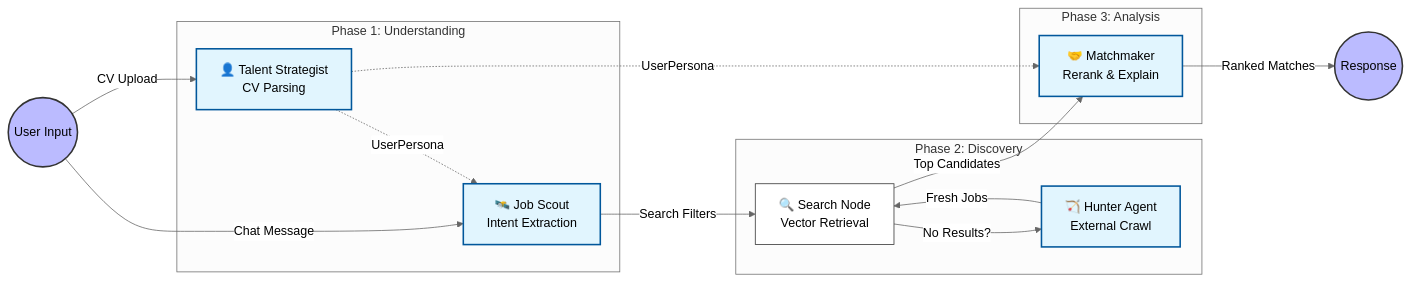
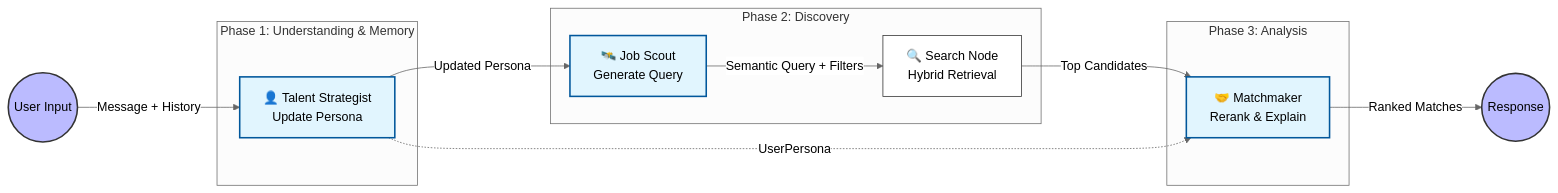
One commit to kkonst-bond-edu/funds-search changed the second of 2 diagrams in README.md. Above: the diagram before and after it, drawn with Mermaid (neutral theme). The commit also changed other lines of this file and 15 other files, not shown here.

First line of the commit message:
feat: implement 3-agent architecture and update docs

````diff
--- a/README.md
+++ b/README.md
@@ -160,41 +146,35 @@
 ```mermaid
 graph LR
     %% Styles
     classDef start fill:#bbf,stroke:#333,stroke-width:2px;
     classDef process fill:#fff,stroke:#333,stroke-width:1px;
     classDef agent fill:#e1f5fe,stroke:#01579b,stroke-width:2px;
     classDef endnode fill:#bbf,stroke:#333,stroke-width:2px;
 
     %% Nodes
     START((User Input)):::start
     
-    subgraph "Phase 1: Understanding"
-        TS[👤 Talent Strategist<br/>CV Parsing]:::agent
-        JS[🛰️ Job Scout<br/>Intent Extraction]:::agent
+    subgraph "Phase 1: Understanding & Memory"
+        TS[👤 Talent Strategist<br/>Update Persona]:::agent
     end
 
     subgraph "Phase 2: Discovery"
-        WH[🏹 Hunter Agent<br/>External Crawl]:::agent
-        SV[🔍 Search Node<br/>Vector Retrieval]:::process
+        JS[🛰️ Job Scout<br/>Generate Query]:::agent
+        SV[🔍 Search Node<br/>Hybrid Retrieval]:::process
     end
 
     subgraph "Phase 3: Analysis"
         MM[🤝 Matchmaker<br/>Rerank & Explain]:::agent
     end
 
     END((Response)):::endnode
 
     %% Flow
-    START -->|CV Upload| TS
-    START -->|Chat Message| JS
-    
-    TS -.->|UserPersona| JS
-    JS -->|Search Filters| SV
-    
-    SV --"No Results?"--> WH
-    WH -->|Fresh Jobs| SV
+    START -->|Message + History| TS
+    TS -->|Updated Persona| JS
+    JS -->|Semantic Query + Filters| SV
     
     SV -->|Top Candidates| MM
     TS -.->|UserPersona| MM
     MM -->|Ranked Matches| END
 ```
````
